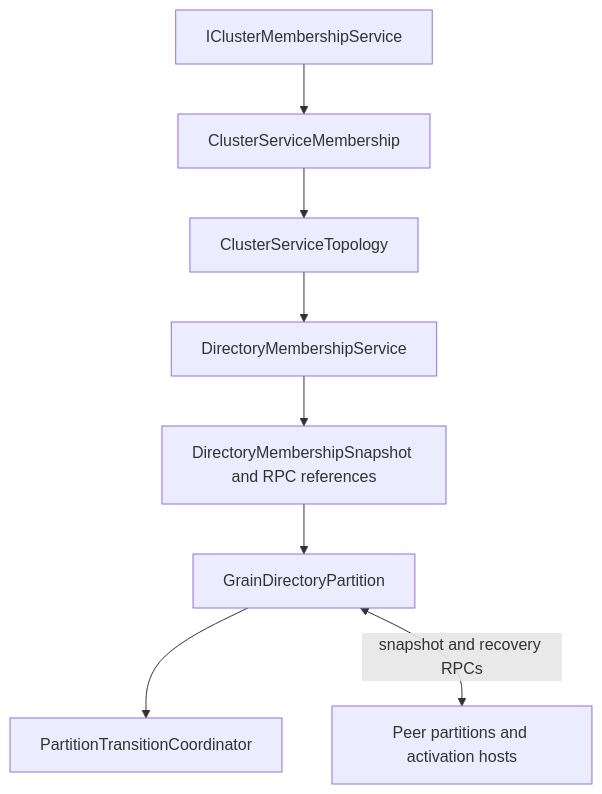
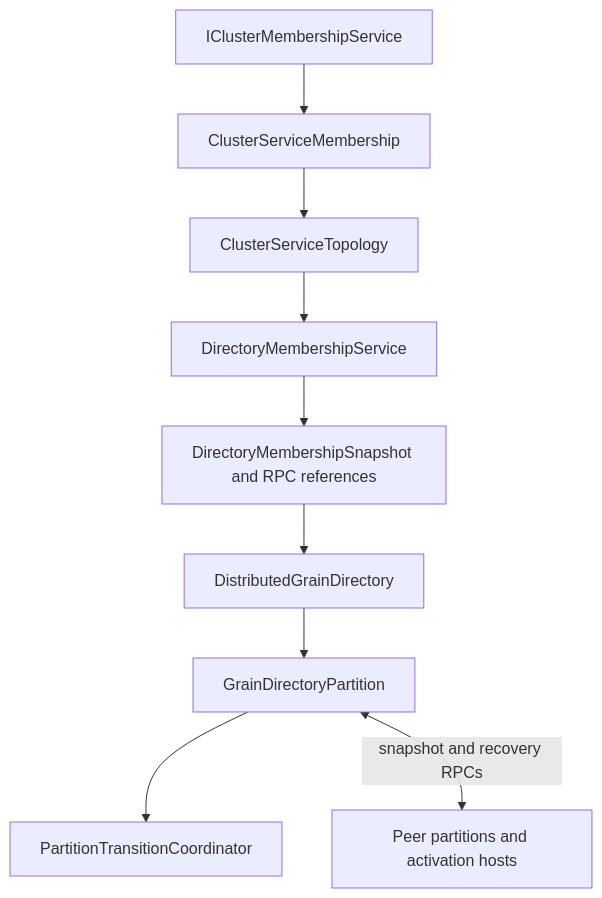
One commit to ReubenBond/orleans changed the first of 2 diagrams in docs/site/src/content/docs/implementation/view-synchronous-cluster-services.md. Above: the diagram before and after it, drawn with Mermaid. The commit also changed other lines of this file and 3 other files, not shown here.

````diff
--- a/docs/site/src/content/docs/implementation/view-synchronous-cluster-services.md
+++ b/docs/site/src/content/docs/implementation/view-synchronous-cluster-services.md
@@ -70,10 +87,11 @@
 ```mermaid
 flowchart TD
     Membership[IClusterMembershipService] --> Projection[ClusterServiceMembership]
     Projection --> Topology[ClusterServiceTopology]
     Topology --> Adapter[DirectoryMembershipService]
     Adapter --> Routing[DirectoryMembershipSnapshot and RPC references]
-    Routing --> Partition[GrainDirectoryPartition]
+    Routing --> Directory[DistributedGrainDirectory]
+    Directory --> Partition[GrainDirectoryPartition]
     Partition --> Gates[PartitionTransitionCoordinator]
     Partition <-->|snapshot and recovery RPCs| Peers[Peer partitions and activation hosts]
 ```
````
